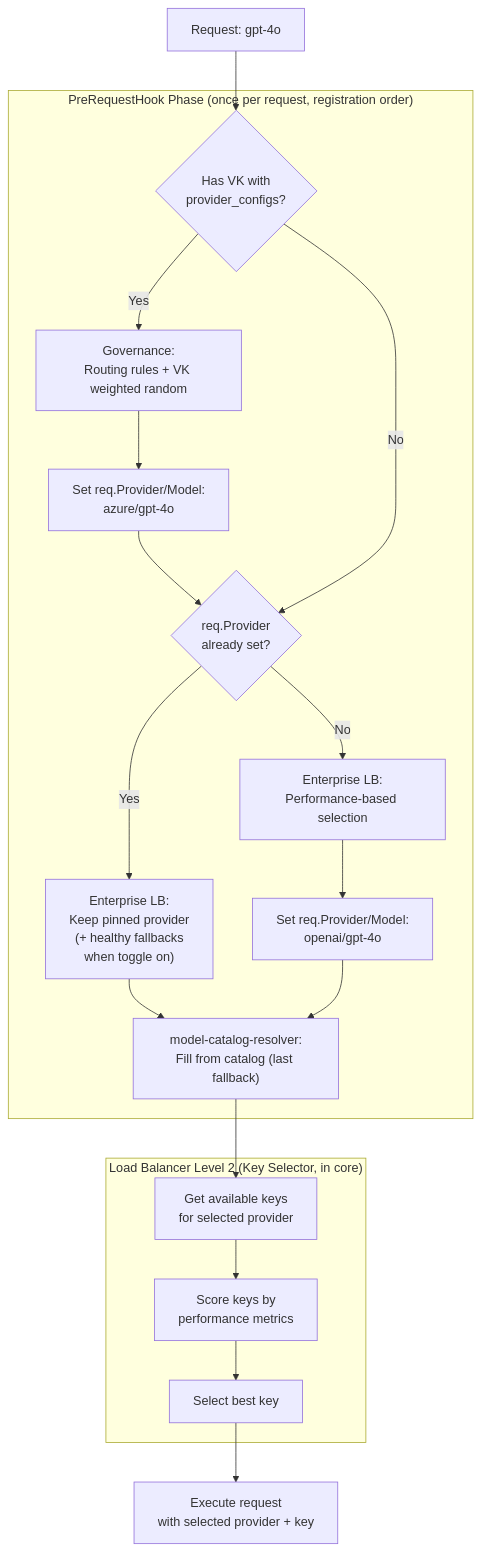
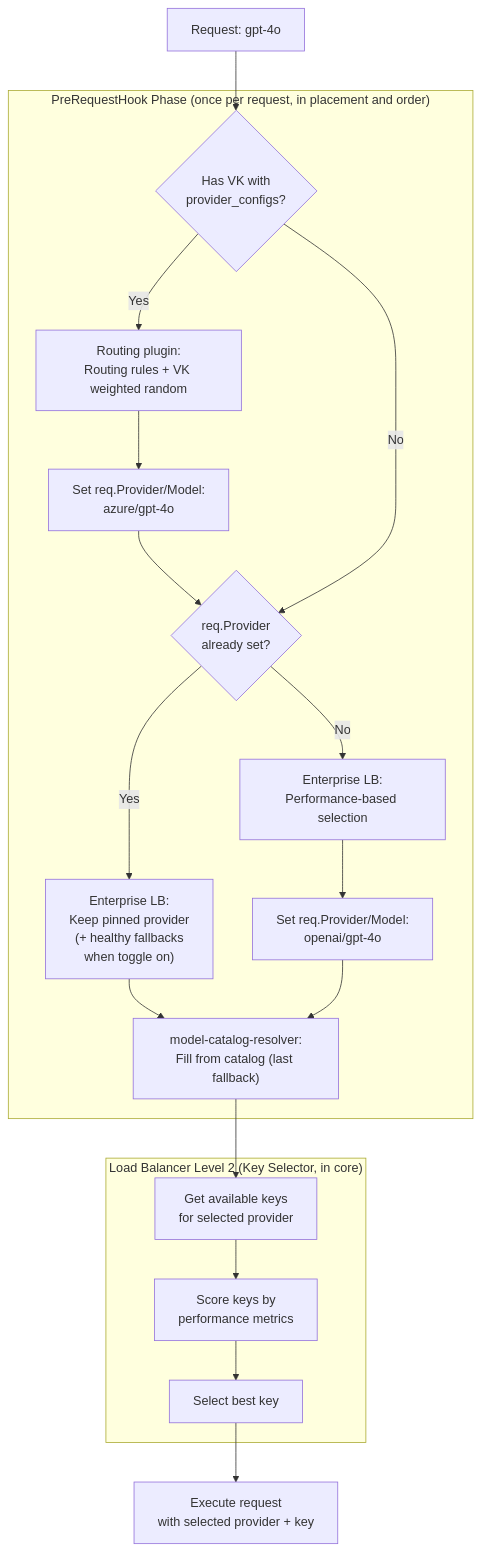
The second of 3 diagrams in docs/providers/provider-routing.mdx (amboltio/bifrost), drawn with Mermaid before and after one commit. The commit also changed other lines of this file and 1796 other files, not shown here.

````diff
--- a/docs/providers/provider-routing.mdx
+++ b/docs/providers/provider-routing.mdx
@@ -1226,29 +1226,29 @@
 ```mermaid
 flowchart TD
     Start["Request: gpt-4o"]
 
-    subgraph PreReq["PreRequestHook Phase (once per request, registration order)"]
+    subgraph PreReq["PreRequestHook Phase (once per request, in placement and order)"]
         HasVK{"Has VK with<br/>provider_configs?"}
-        GovRoute["Governance:<br/>Routing rules + VK weighted random"]
+        GovRoute["Routing plugin:<br/>Routing rules + VK weighted random"]
         AddPrefix["Set req.Provider/Model:<br/>azure/gpt-4o"]
         PrefixCheck{"req.Provider<br/>already set?"}
         LBProvider["Enterprise LB:<br/>Performance-based selection"]
         LBPinned["Enterprise LB:<br/>Keep pinned provider<br/>(+ healthy fallbacks<br/>when toggle on)"]
         AddLBPrefix["Set req.Provider/Model:<br/>openai/gpt-4o"]
         Resolver["model-catalog-resolver:<br/>Fill from catalog (last fallback)"]
     end
 
     subgraph LB2["Load Balancer Level 2 (Key Selector, in core)"]
         GetKeys["Get available keys<br/>for selected provider"]
         ScoreKeys["Score keys by<br/>performance metrics"]
         SelectKey["Select best key"]
     end
 
     Start --> HasVK
     HasVK -->|Yes| GovRoute --> AddPrefix --> PrefixCheck
     HasVK -->|No| PrefixCheck
     PrefixCheck -->|Yes| LBPinned --> Resolver
     PrefixCheck -->|No| LBProvider --> AddLBPrefix --> Resolver
     Resolver --> GetKeys
     GetKeys --> ScoreKeys --> SelectKey --> Execute["Execute request<br/>with selected provider + key"]
 ```
````
